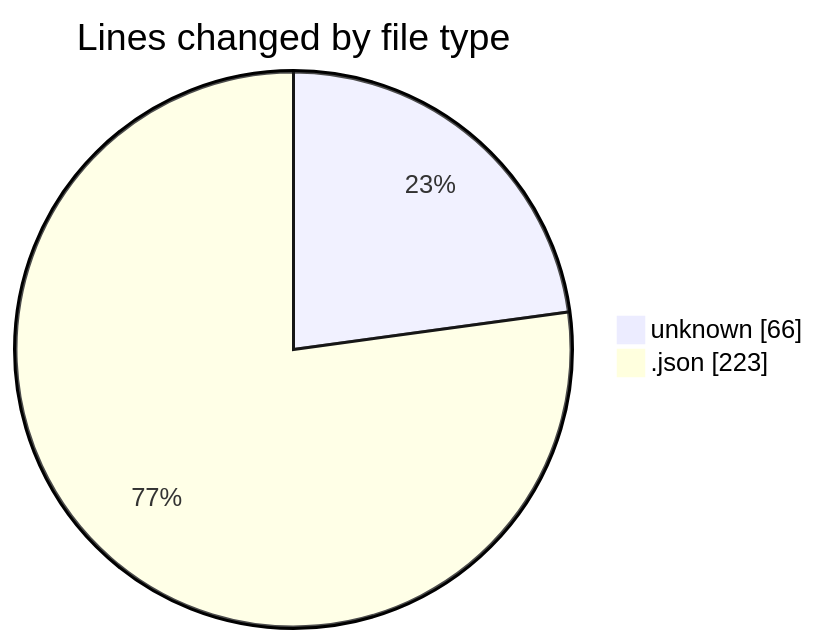
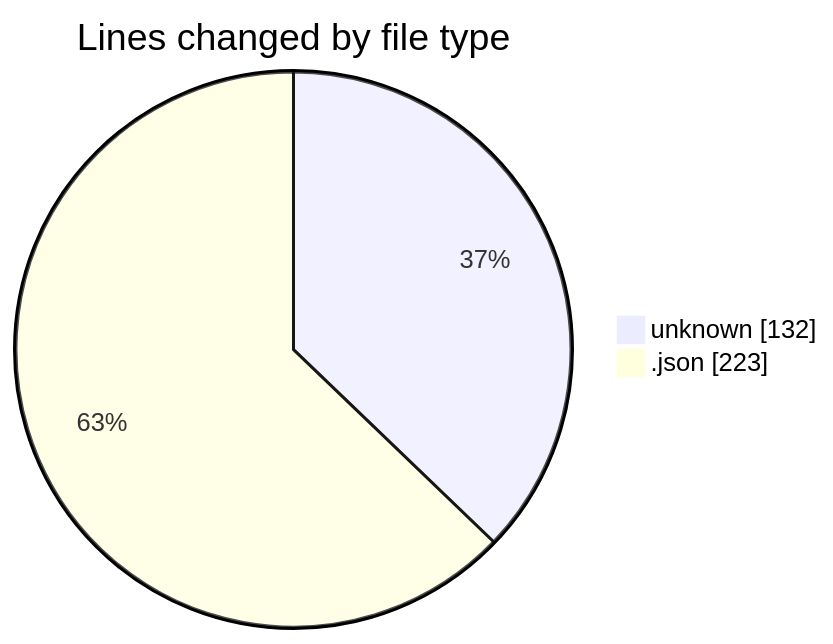
One commit to idhammustaqopulfikri/code-tracking changed the first of 2 diagrams in 2025-03-26/autodidak/README.md. Above: the diagram before and after it, drawn with Mermaid. The commit also changed other lines of this file and 1 other file, not shown here.

````diff
--- a/2025-03-26/autodidak/README.md
+++ b/2025-03-26/autodidak/README.md
@@ -21,6 +22,6 @@
 ```mermaid
 pie showData
 title Lines changed by file type
-"unknown" : 66
+"unknown" : 132
 ".json" : 223
 ```
````
